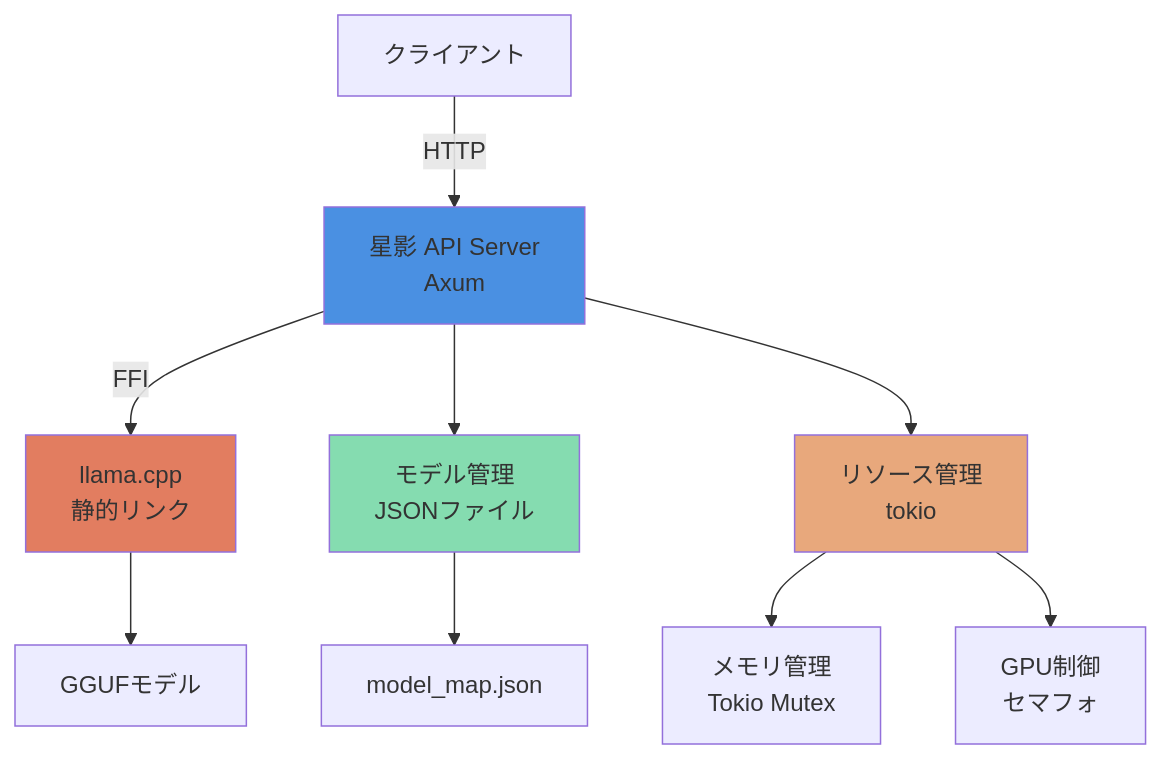
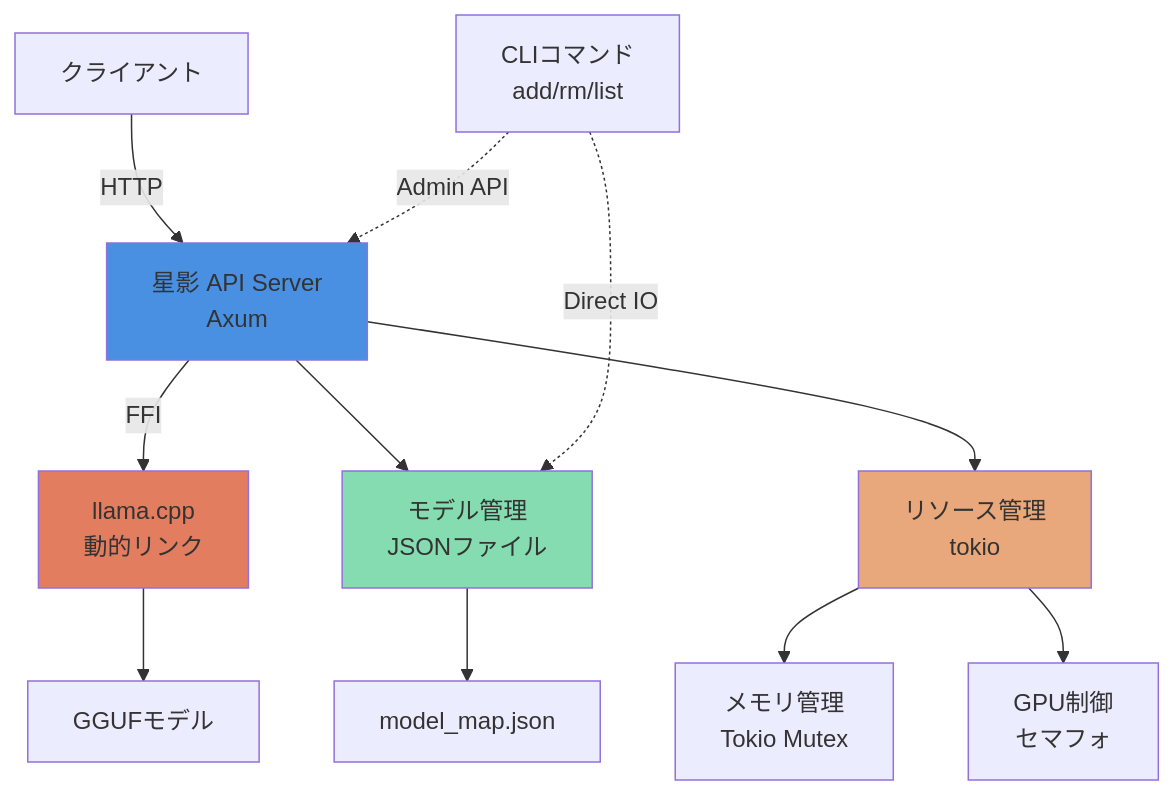
One commit to tanep3/hoshikage changed the diagram in docs/system-design.md. Above: the diagram before and after it, drawn with Mermaid. The commit also changed other lines of this file and 23 other files, not shown here.

````diff
--- a/docs/system-design.md
+++ b/docs/system-design.md
@@ -13,19 +13,21 @@
 ```mermaid
 graph TB
     Client[クライアント] -->|HTTP| API[星影 API Server<br/>Axum]
-    API -->|FFI| LLM[llama.cpp<br/>静的リンク]
+    API -->|FFI| LLM[llama.cpp<br/>動的リンク]
     API --> Config[モデル管理<br/>JSONファイル]
+    CLI[CLIコマンド<br/>add/rm/list] -.->|Admin API| API
+    CLI -.->|Direct IO| Config
     API --> Resource[リソース管理<br/>tokio]
     
     LLM --> Model[GGUFモデル]
     
     Config --> ModelDB[model_map.json]
     
     Resource --> Memory[メモリ管理<br/>Tokio Mutex]
     Resource --> GPU[GPU制御<br/>セマフォ]
     
     style API fill:#4A90E2
     style LLM fill:#E27D60
     style Config fill:#85DCB0
     style Resource fill:#E8A87C
 ```
````
